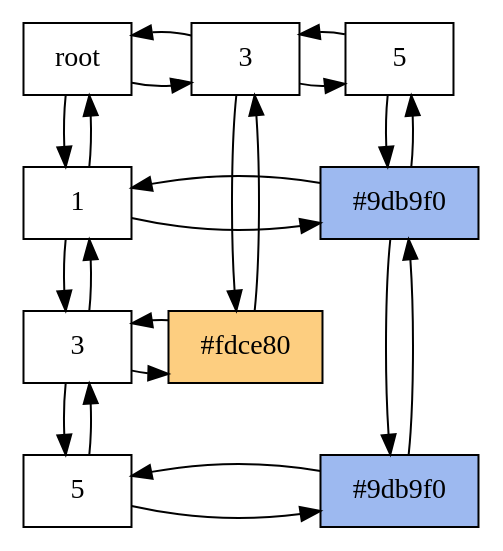
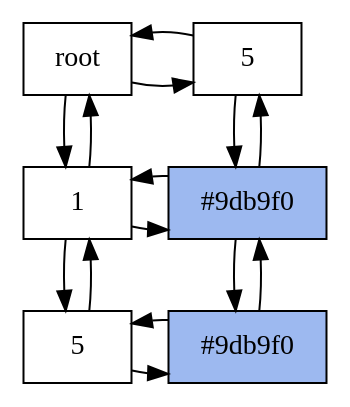
One commit to helenrodas/FasesProyectoEDD1S_202200066 changed the diagram in Fase2/matrix.dot. Above: the diagram before and after it, drawn with Graphviz. The commit also changed 6 other files, not shown here.

```diff
--- a/Fase2/matrix.dot
+++ b/Fase2/matrix.dot
@@ -1,38 +1,26 @@
  digraph Matrix {
  node[shape = "box"]
  "Nodo0_0"[label = "root", group="0"]                                                                                                                  
- "Nodo0_0"->"Nodo4_0"
- "Nodo0_0"->"Nodo4_0"[dir = back]
+ "Nodo0_0"->"Nodo6_0"
+ "Nodo0_0"->"Nodo6_0"[dir = back]
  "Nodo0_0"->"Nodo0_2"
  "Nodo0_0"->"Nodo0_2"[dir = back]
- "Nodo4_0"[label = "3", group="4"]                                                                                                                     
- "Nodo4_0"->"Nodo6_0"
- "Nodo4_0"->"Nodo6_0"[dir = back]
- "Nodo4_0"->"Nodo4_4"
- "Nodo4_0"->"Nodo4_4"[dir = back]
  "Nodo6_0"[label = "5", group="6"]                                                                                                                     
  "Nodo6_0"->"Nodo6_2"
  "Nodo6_0"->"Nodo6_2"[dir = back]
- {rank=same;"Nodo0_0";"Nodo4_0";"Nodo6_0"}
+ {rank=same;"Nodo0_0";"Nodo6_0"}
  "Nodo0_2"[label = "1", group="0"]                                                                                                                     
  "Nodo0_2"->"Nodo6_2"
  "Nodo0_2"->"Nodo6_2"[dir = back]
- "Nodo0_2"->"Nodo0_4"
- "Nodo0_2"->"Nodo0_4"[dir = back]
+ "Nodo0_2"->"Nodo0_6"
+ "Nodo0_2"->"Nodo0_6"[dir = back]
  "Nodo6_2"[label = "#9db9f0",  style = filled, fillcolor = "#9db9f0" group="6"]                                                                        
  "Nodo6_2"->"Nodo6_6"
  "Nodo6_2"->"Nodo6_6"[dir = back]
  {rank=same;"Nodo0_2";"Nodo6_2"}
- "Nodo0_4"[label = "3", group="0"]                                                                                                                     
- "Nodo0_4"->"Nodo4_4"
- "Nodo0_4"->"Nodo4_4"[dir = back]
- "Nodo0_4"->"Nodo0_6"
- "Nodo0_4"->"Nodo0_6"[dir = back]
- "Nodo4_4"[label = "#fdce80",  style = filled, fillcolor = "#fdce80" group="4"]                                                                        
- {rank=same;"Nodo0_4";"Nodo4_4"}
  "Nodo0_6"[label = "5", group="0"]                                                                                                                     
  "Nodo0_6"->"Nodo6_6"
  "Nodo0_6"->"Nodo6_6"[dir = back]
  "Nodo6_6"[label = "#9db9f0",  style = filled, fillcolor = "#9db9f0" group="6"]                                                                        
  {rank=same;"Nodo0_6";"Nodo6_6"}
  }
```
